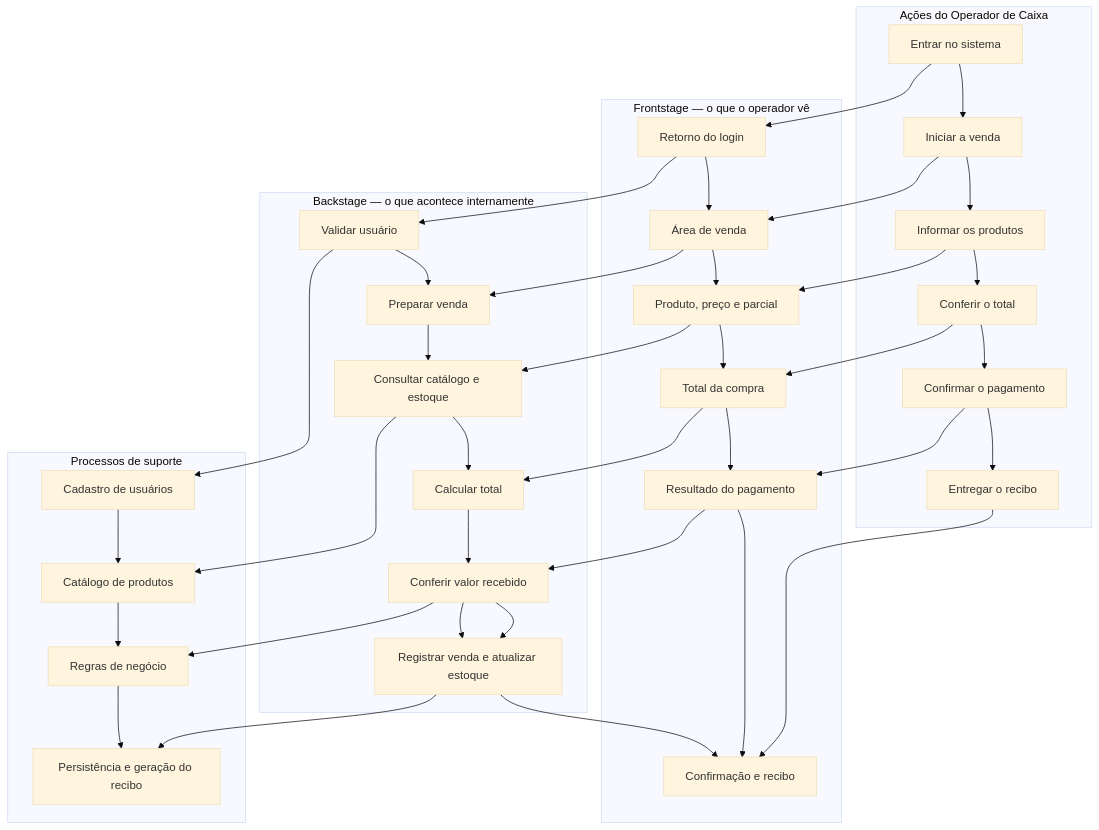
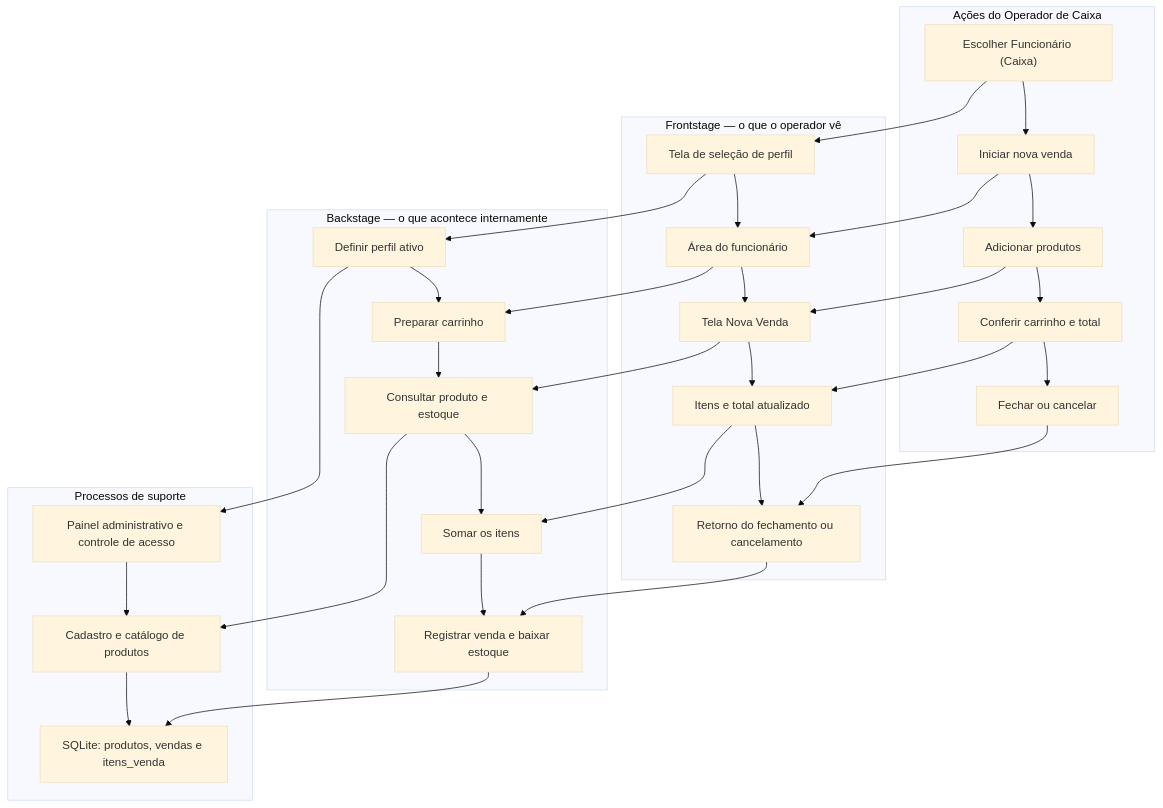
One commit to AbnerG1/projeto-BLUE-print- changed the second of 4 diagrams in docs/diagramas-mermaid.md. Above: the diagram before and after it, drawn with Mermaid (base theme). The commit also changed other lines of this file, not shown here.

Commit message:
docs: alinhar jornada Desktop à tela e ao banco atuais

```diff
--- a/docs/diagramas-mermaid.md
+++ b/docs/diagramas-mermaid.md
@@ -30,46 +23,38 @@
 ~~~mermaid
 flowchart TB
  subgraph U["Ações do Operador de Caixa"]
- U1["Entrar no sistema"] --> U2["Iniciar a venda"]
- U2 --> U3["Informar os produtos"]
- U3 --> U4["Conferir o total"]
- U4 --> U5["Confirmar o pagamento"]
- U5 --> U6["Entregar o recibo"]
+ U1["Escolher Funcionário (Caixa)"] --> U2["Iniciar nova venda"]
+ U2 --> U3["Adicionar produtos"]
+ U3 --> U4["Conferir carrinho e total"]
+ U4 --> U5["Fechar ou cancelar"]
  end
  subgraph F["Frontstage — o que o operador vê"]
- F1["Retorno do login"] --> F2["Área de venda"]
- F2 --> F3["Produto, preço e parcial"]
- F3 --> F4["Total da compra"]
- F4 --> F5["Resultado do pagamento"]
- F5 --> F6["Confirmação e recibo"]
+ F1["Tela de seleção de perfil"] --> F2["Área do funcionário"]
+ F2 --> F3["Tela Nova Venda"]
+ F3 --> F4["Itens e total atualizado"]
+ F4 --> F5["Retorno do fechamento ou cancelamento"]
  end
  subgraph B["Backstage — o que acontece internamente"]
- B1["Validar usuário"] --> B2["Preparar venda"]
- B2 --> B3["Consultar catálogo e estoque"]
- B3 --> B4["Calcular total"]
- B4 --> B5["Conferir valor recebido"]
- B5 --> B6["Registrar venda e atualizar estoque"]
+ B1["Definir perfil ativo"] --> B2["Preparar carrinho"]
+ B2 --> B3["Consultar produto e estoque"]
+ B3 --> B4["Somar os itens"]
+ B4 --> B5["Registrar venda e baixar estoque"]
  end
  subgraph S["Processos de suporte"]
- S1["Cadastro de usuários"] --> S2["Catálogo de produtos"]
- S2 --> S3["Regras de negócio"]
- S3 --> S4["Persistência e geração do recibo"]
+ S1["Painel administrativo e controle de acesso"] --> S2["Cadastro e catálogo de produtos"]
+ S2 --> S3["SQLite: produtos, vendas e itens_venda"]
  end
  U1 --> F1
  U2 --> F2
  U3 --> F3
  U4 --> F4
  U5 --> F5
- U6 --> F6
  F1 --> B1
  F2 --> B2
  F3 --> B3
  F4 --> B4
  F5 --> B5
- B5 --> B6
- B6 --> F6
  B1 --> S1
  B3 --> S2
  B5 --> S3
- B6 --> S4
 ~~~
```
